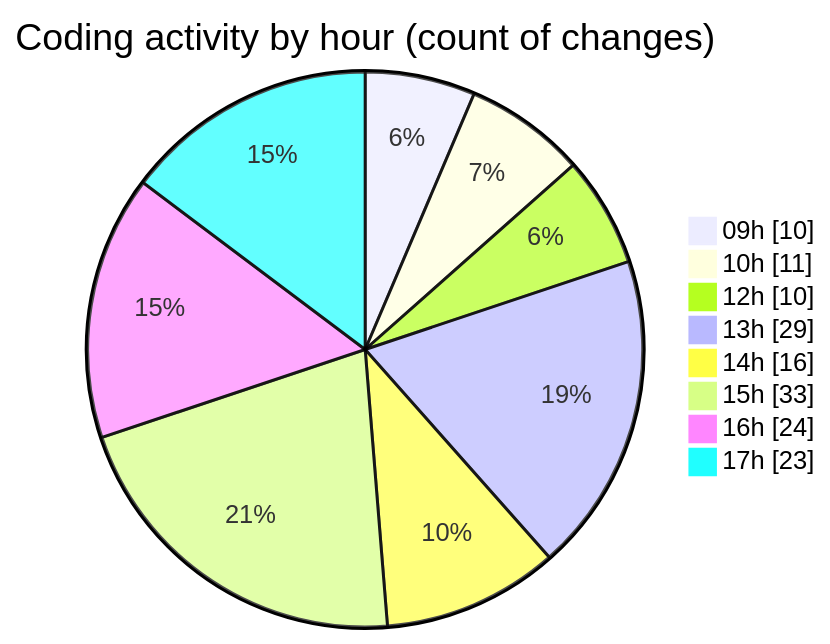
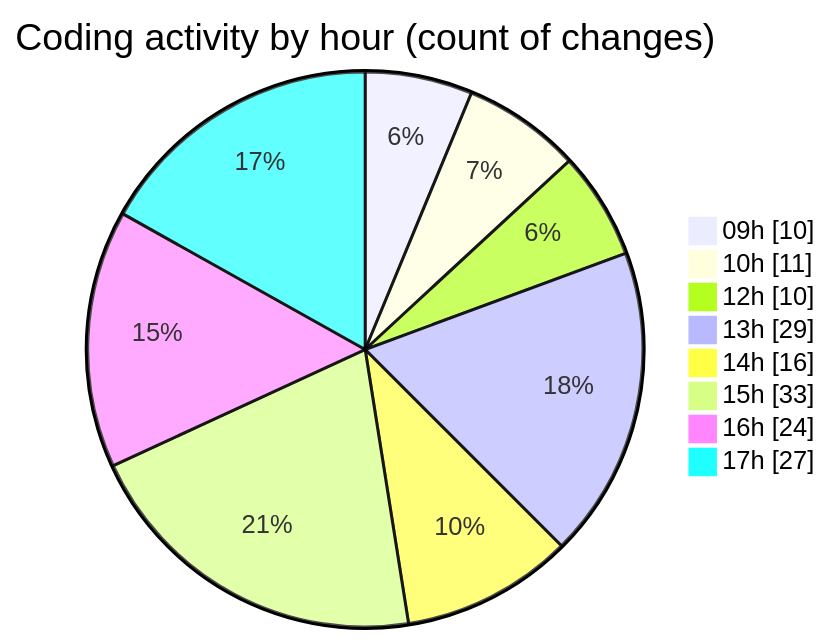
The second of 2 diagrams in 2025-09-12/cda/README.md (momahboobian/code-tracking), drawn with Mermaid before and after one commit. The commit also changed other lines of this file and 1 other file, not shown here.

````diff
--- a/2025-09-12/cda/README.md
+++ b/2025-09-12/cda/README.md
@@ -47,12 +47,12 @@
 ```mermaid
 pie showData
 title Coding activity by hour (count of changes)
 "09h" : 10
 "10h" : 11
 "12h" : 10
 "13h" : 29
 "14h" : 16
 "15h" : 33
 "16h" : 24
-"17h" : 23
+"17h" : 27
 ```
````
